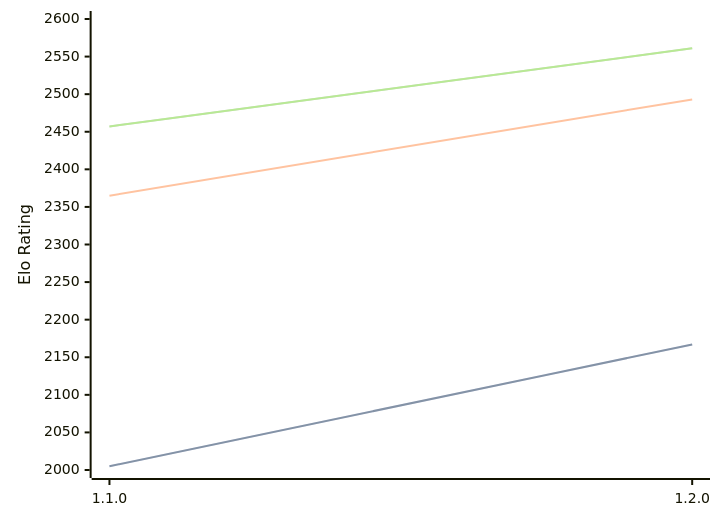
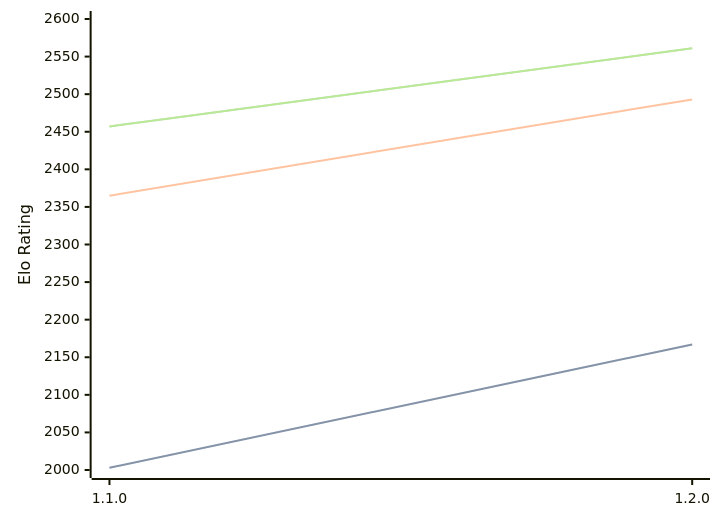
Before and after one commit to computer-chess-index/cci: the diagram in engines/Gyatso.md, drawn with Mermaid. The commit also changed other lines of this file, not shown here.

````diff
--- a/engines/Gyatso.md
+++ b/engines/Gyatso.md
@@ -31,11 +31,11 @@
 ```mermaid
 %%{init: {"theme":"base","themeVariables":{"seriesColors:['#a3a3a3','#222221','#faa371']}}}%%
 xychart-beta
   x-axis ["1.1.0", "1.2.0"]
   y-axis "Elo Rating" 2000 --> 2600
-  line "STC (8.0+0.08s)" [2005, 2167]
-  line "STC (8.0+0.08s)" [2005, 2167]
+  line "STC (8.0+0.08s)" [2003, 2167]
+  line "STC (8.0+0.08s)" [2003, 2167]
   line "LTC (60.0+0.60s)" [2365, 2493]
   line "VLTC (2m24s+1.12s)" [2457, 2561]
   line "VLTC (2m24s+1.12s)" [2457, 2561]
 ```
````
